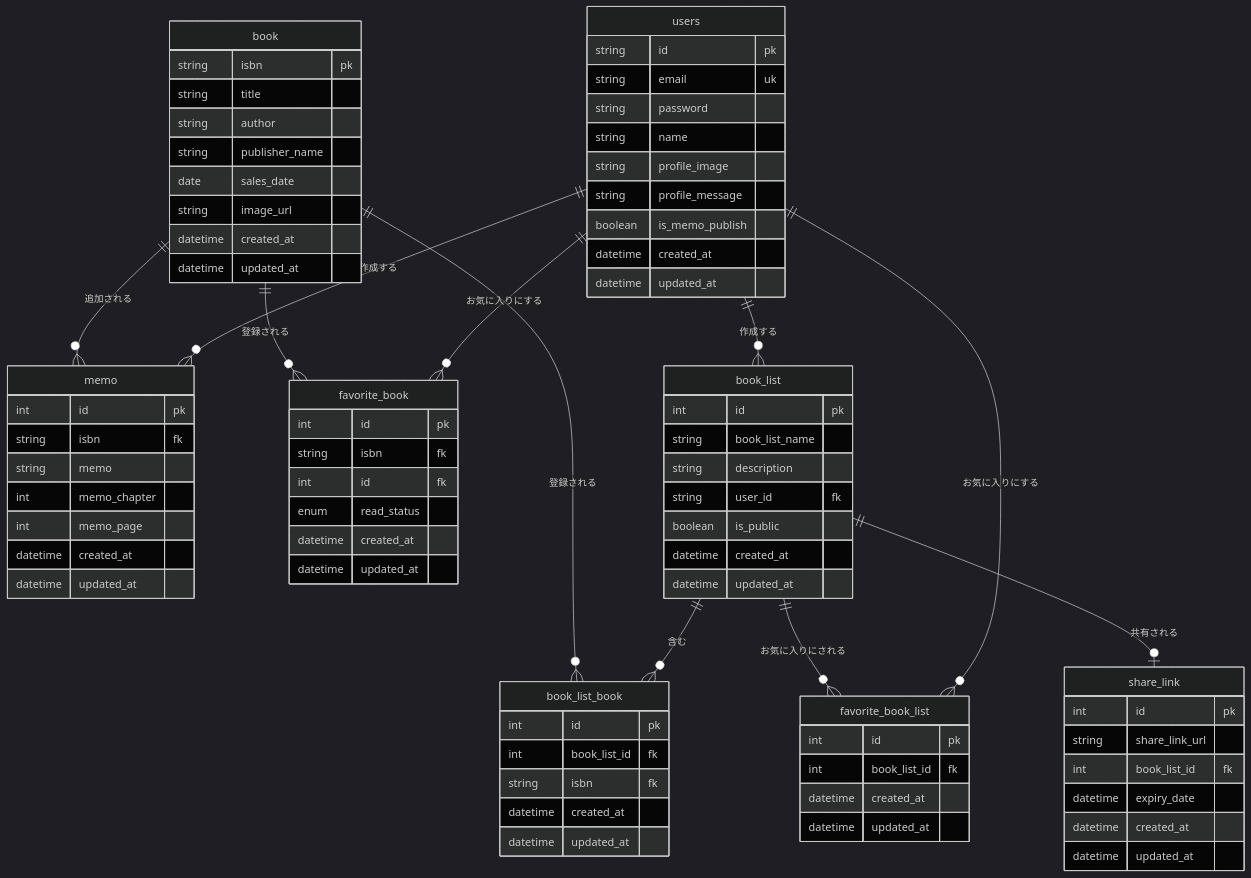
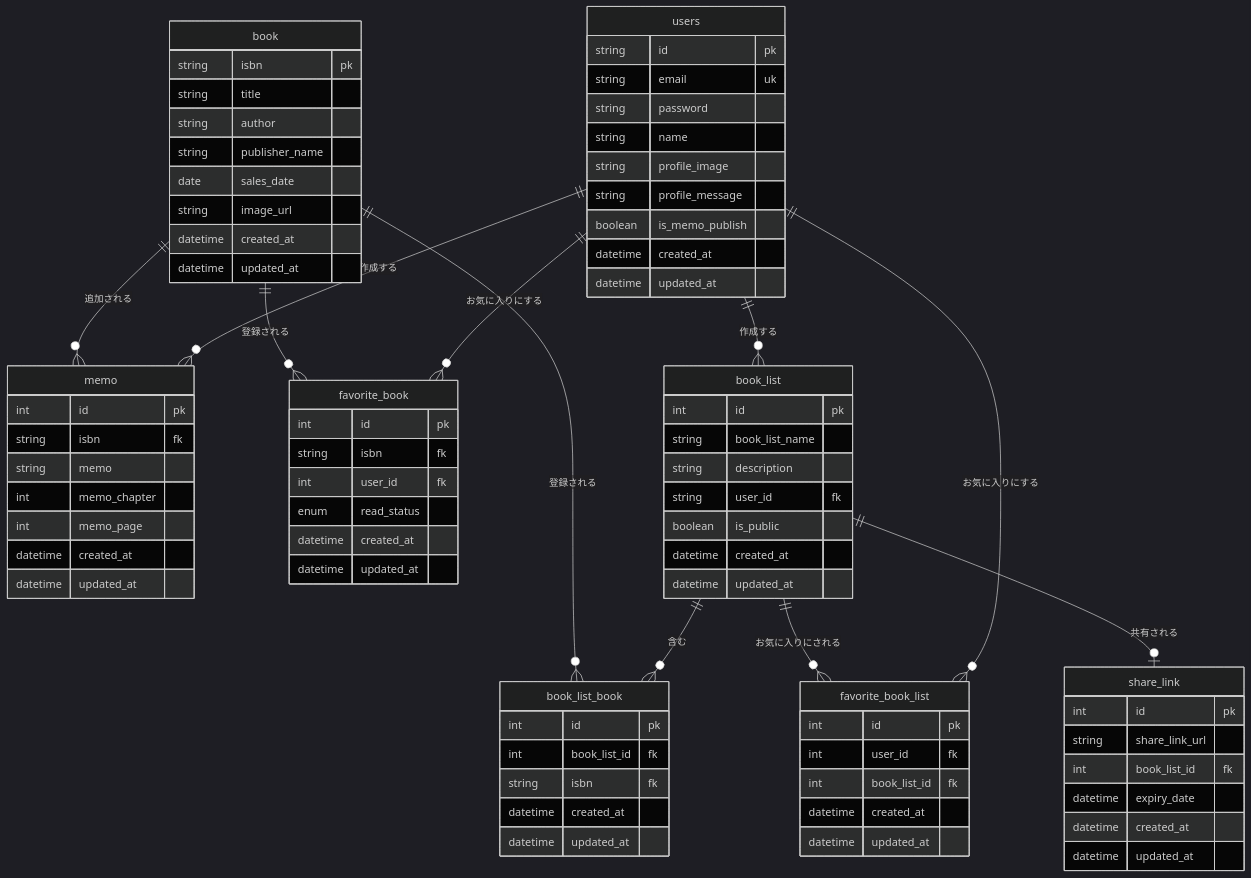
Before and after one commit to ar4rpon/minelibrary: the diagram in _docs/ER.md, drawn with Mermaid (dark theme). The commit also changed 3 other files, not shown here.

```diff
--- a/_docs/ER.md
+++ b/_docs/ER.md
@@ -36,7 +36,7 @@
 favorite_book {
 int id pk
 string isbn fk
-int id fk
+int user_id fk
 enum read_status
 datetime created_at
 datetime updated_at
@@ -62,6 +62,7 @@
 
 favorite_book_list {
 int id pk
+int user_id fk
 int book_list_id fk
 datetime created_at
 datetime updated_at
```
